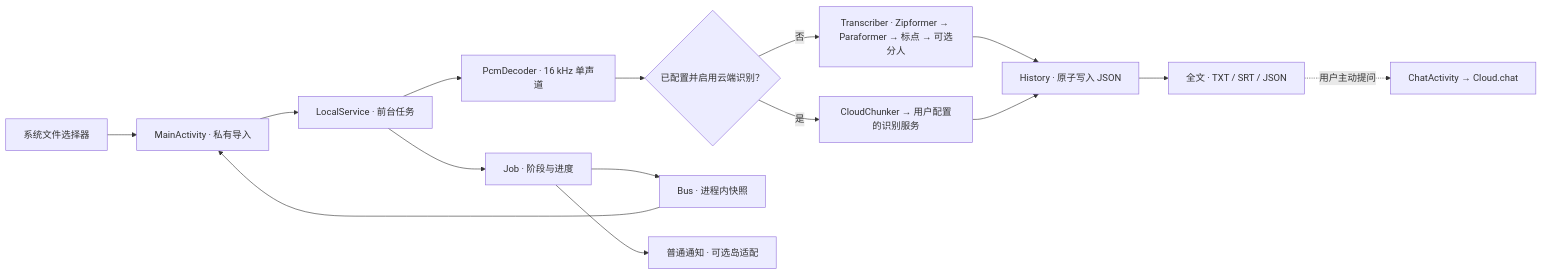
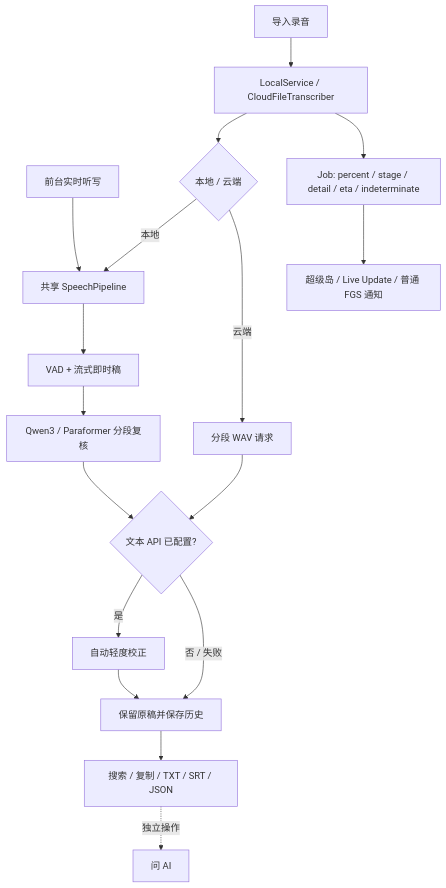
One commit to zy839971925-zyy/tingxiejian-android changed the diagram in README.md. Above: the diagram before and after it, drawn with Mermaid. The commit also changed other lines of this file and 270 other files, not shown here.

Commit message:
Complete local ASR, live progress and UI upgrades for 1.0.4 preview

````diff
--- a/README.md
+++ b/README.md
@@ -141,17 +106,19 @@
 ```mermaid
-flowchart LR
-    Picker[系统文件选择器] --> Main[MainActivity · 私有导入]
-    Main --> Service[LocalService · 前台任务]
-    Service --> Decoder[PcmDecoder · 16 kHz 单声道]
-    Decoder --> Branch{已配置并启用云端识别？}
-    Branch -->|否| Local[Transcriber · Zipformer → Paraformer → 标点 → 可选分人]
-    Branch -->|是| Remote[CloudChunker → 用户配置的识别服务]
-    Local --> Saved[History · 原子写入 JSON]
-    Remote --> Saved
-    Service --> Job[Job · 阶段与进度]
-    Job --> Bus[Bus · 进程内快照]
-    Job --> Notice[普通通知 · 可选岛适配]
-    Saved --> Result[全文 · TXT / SRT / JSON]
-    Bus --> Main
-    Result -.用户主动提问.-> Chat[ChatActivity → Cloud.chat]
+flowchart TD
+    File[导入录音] --> FGS[LocalService / CloudFileTranscriber]
+    Mic[前台实时听写] --> ASR[共享 SpeechPipeline]
+    FGS --> Mode{本地 / 云端}
+    Mode -->|本地| ASR
+    Mode -->|云端| Remote[分段 WAV 请求]
+    ASR --> Streaming[VAD + 流式即时稿]
+    Streaming --> Final[Qwen3 / Paraformer 分段复核]
+    Final --> Polish{文本 API 已配置?}
+    Remote --> Polish
+    Polish -->|是| LLM[自动轻度校正]
+    Polish -->|否 / 失败| History[保留原稿并保存历史]
+    LLM --> History
+    History --> Output[搜索 / 复制 / TXT / SRT / JSON]
+    Output -.独立操作.-> Chat[问 AI]
+    FGS --> Job[Job: percent / stage / detail / eta / indeterminate]
+    Job --> Notice[超级岛 / Live Update / 普通 FGS 通知]
 ```
````
